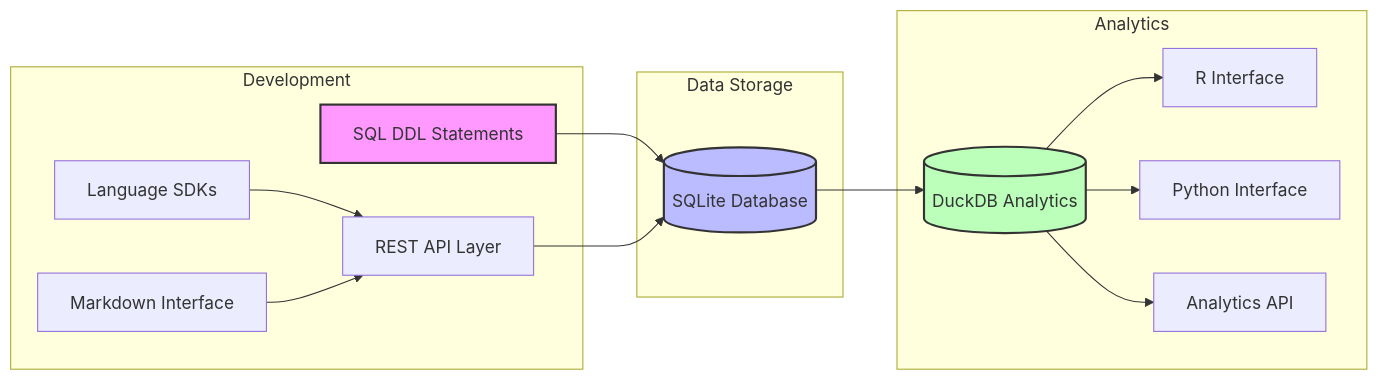
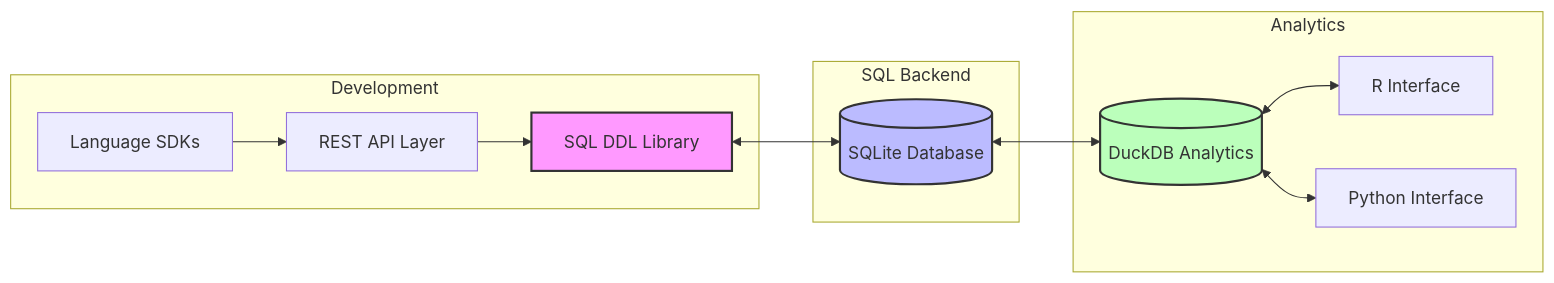
Before and after one commit to jacobmpeters/questSQL: the first of 2 diagrams in README.md, drawn with Mermaid. The commit also changed other lines of this file, not shown here.

Commit message:
docs: add comprehensive validation and constraints section with SQL triggers

````diff
--- a/README.md
+++ b/README.md
@@ -37,34 +26,30 @@
 ```mermaid
 graph LR
     subgraph Development
-        DDL[SQL DDL Statements]
+        DDL[SQL DDL Library]
         API[REST API Layer]
         SDK[Language SDKs]
-        MD[Markdown Interface]
     end
 
-    subgraph Data Storage
+    subgraph SQL Backend
         SQLite[(SQLite Database)]
     end
 
     subgraph Analytics
         DuckDB[(DuckDB Analytics)]
         R[R Interface]
         Python[Python Interface]
-        API2[Analytics API]
     end
 
-    DDL --> SQLite
-    API --> SQLite
+    DDL <--> SQLite
+    API --> DDL
     SDK --> API
-    MD --> API
 
-    SQLite --> DuckDB
-    DuckDB --> R
-    DuckDB --> Python
-    DuckDB --> API2
+    SQLite <--> DuckDB
+    DuckDB <--> R
+    DuckDB <--> Python
 
     style DDL fill:#f9f,stroke:#333,stroke-width:2px
     style SQLite fill:#bbf,stroke:#333,stroke-width:2px
     style DuckDB fill:#bfb,stroke:#333,stroke-width:2px
 ```
````
